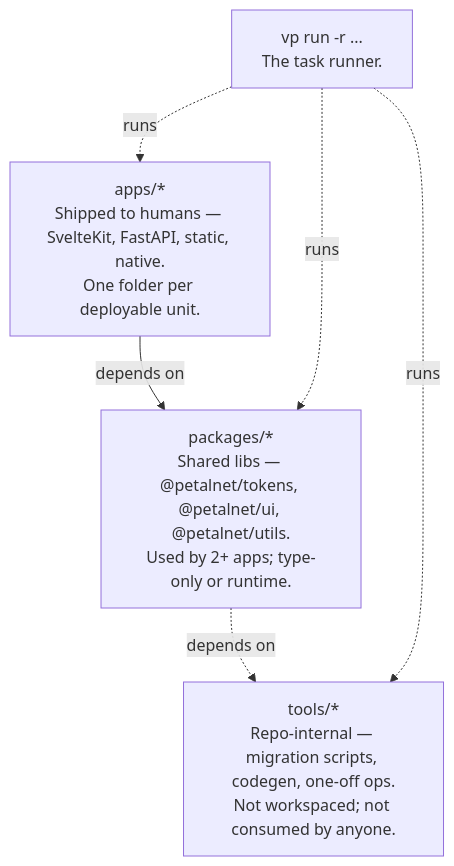
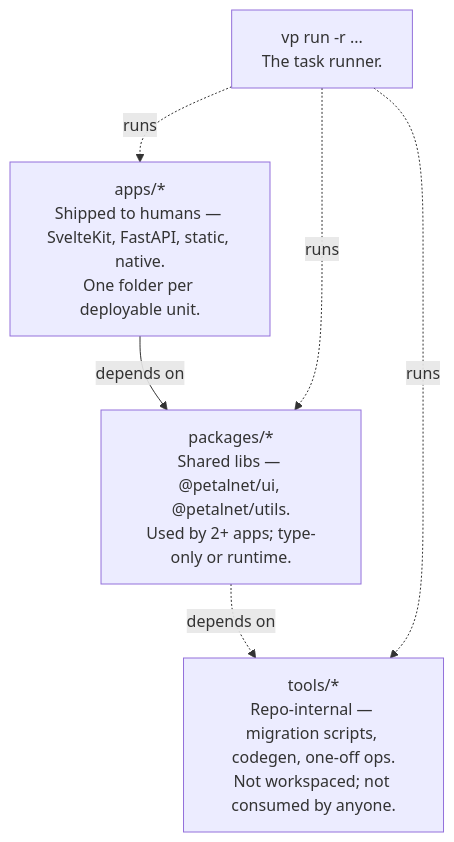
The first of 3 diagrams in docs/ARCHITECTURE.md (PetalNet/monorepo), drawn with Mermaid before and after one commit. The commit also changed other lines of this file and 19 other files, not shown here.

First line of the commit message:
chore: remove scrapped design-system (packages/tokens + all refs)

````diff
--- a/docs/ARCHITECTURE.md
+++ b/docs/ARCHITECTURE.md
@@ -7,13 +7,13 @@
 ```mermaid
 flowchart TD
     apps["apps/*<br/>Shipped to humans — SvelteKit, FastAPI, static, native.<br/>One folder per deployable unit."]
-    packages["packages/*<br/>Shared libs — @petalnet/tokens, @petalnet/ui, @petalnet/utils.<br/>Used by 2+ apps; type-only or runtime."]
+    packages["packages/*<br/>Shared libs — @petalnet/ui, @petalnet/utils.<br/>Used by 2+ apps; type-only or runtime."]
     tools["tools/*<br/>Repo-internal — migration scripts, codegen, one-off ops.<br/>Not workspaced; not consumed by anyone."]
     runner["vp run -r ...<br/>The task runner."]
 
     apps -->|depends on| packages
     runner -.->|runs| apps
     runner -.->|runs| packages
     packages -.->|depends on| tools
     runner -.->|runs| tools
 ```
````
